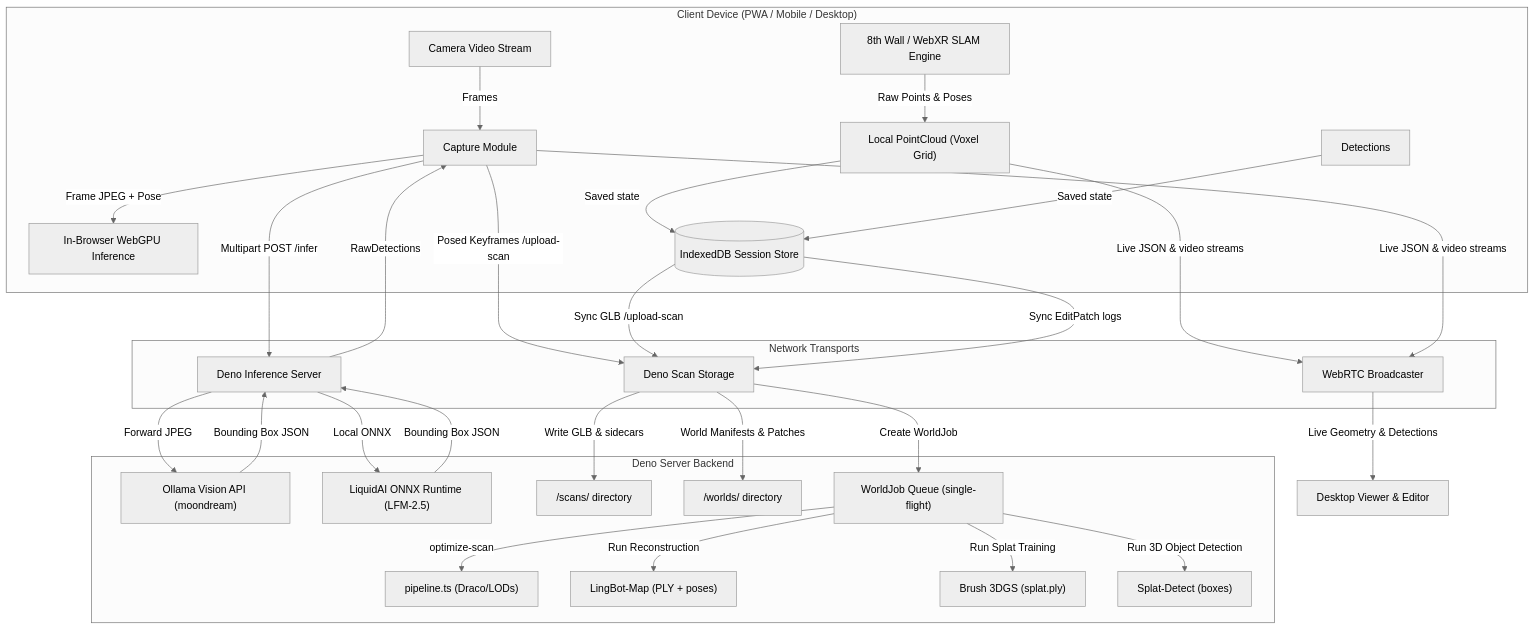
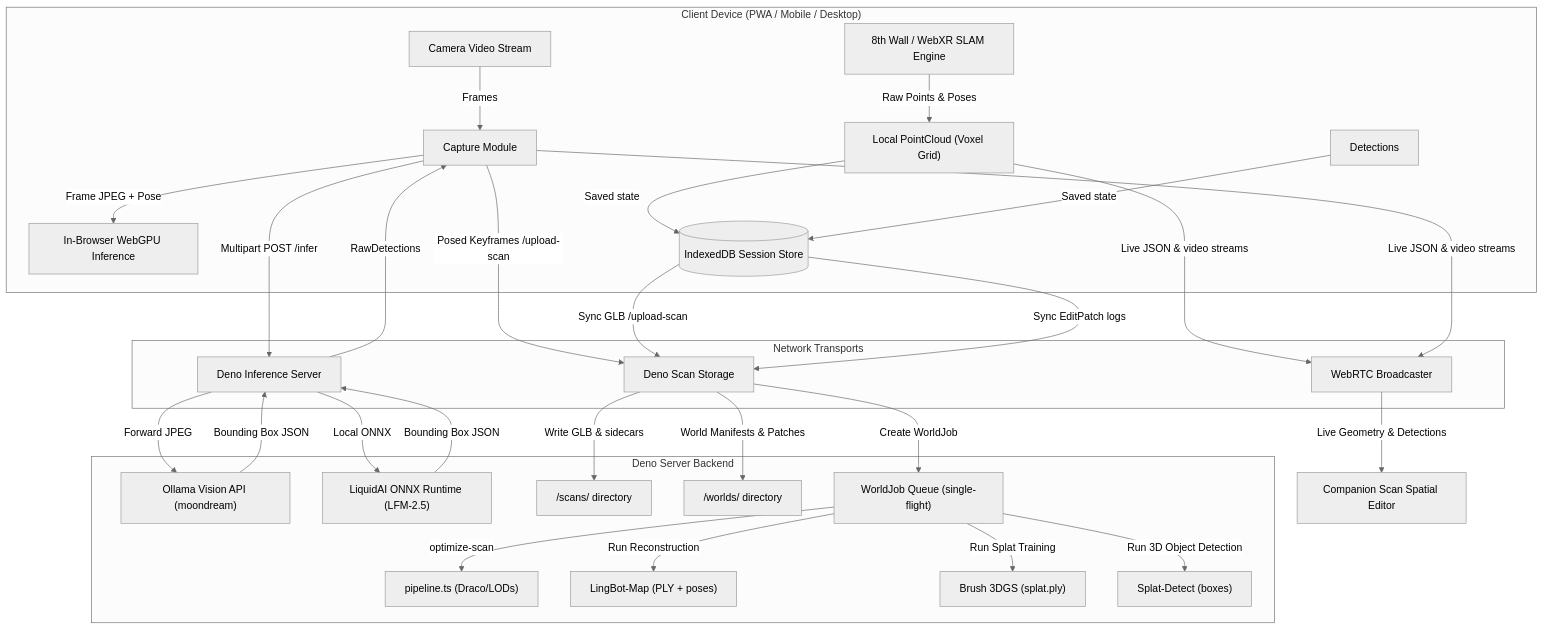
The third of 3 diagrams in README.md (companionintelligence/CI-Spatial), drawn with Mermaid (neutral theme) before and after one commit. The commit also changed other lines of this file and 104 other files, not shown here.

````diff
--- a/README.md
+++ b/README.md
@@ -109,33 +111,33 @@
 ```mermaid
 graph TD
     subgraph Client ["Client Device (PWA / Mobile / Desktop)"]
         SLAM["8th Wall / WebXR SLAM Engine"] -->|Raw Points & Poses| PC["Local PointCloud (Voxel Grid)"]
         Camera["Camera Video Stream"] -->|Frames| Cap["Capture Module"]
         Cap -->|Frame JPEG + Pose| VLM_Local["In-Browser WebGPU Inference"]
         PC & Dets_Local["Detections"] -->|Saved state| IDB[(IndexedDB Session Store)]
     end
 
     subgraph Transport ["Network Transports"]
         Cap -->|Multipart POST /infer| Server_Infer["Deno Inference Server"]
         Cap -->|Posed Keyframes /upload-scan| Server_Storage["Deno Scan Storage"]
         PC & Cap -->|Live JSON & video streams| WebRTC["WebRTC Broadcaster"]
         IDB -->|Sync GLB /upload-scan| Server_Storage
         IDB -->|Sync EditPatch logs| Server_Storage
     end
 
     subgraph Server ["Deno Server Backend"]
         Server_Infer -->|Forward JPEG| Ollama["Ollama Vision API (moondream)"]
         Server_Infer -->|Local ONNX| LFM["LiquidAI ONNX Runtime (LFM-2.5)"]
         Server_Storage -->|Write GLB & sidecars| ScansDir["/scans/ directory"]
         Server_Storage -->|World Manifests & Patches| WorldsDir["/worlds/ directory"]
         Server_Storage -->|Create WorldJob| WorldJobs["WorldJob Queue (single-flight)"]
         WorldJobs -->|optimize-scan| Optimize["pipeline.ts (Draco/LODs)"]
         WorldJobs -->|Run Reconstruction| LingBot["LingBot-Map (PLY + poses)"]
         WorldJobs -->|Run Splat Training| Brush["Brush 3DGS (splat.ply)"]
         WorldJobs -->|Run 3D Object Detection| SplatDetect["Splat-Detect (boxes)"]
     end
 
     Ollama & LFM -->|Bounding Box JSON| Server_Infer
     Server_Infer -->|RawDetections| Cap
-    WebRTC -->|Live Geometry & Detections| DesktopEditor["Desktop Viewer & Editor"]
+    WebRTC -->|Live Geometry & Detections| DesktopEditor["Companion Scan Spatial Editor"]
 ```
````
